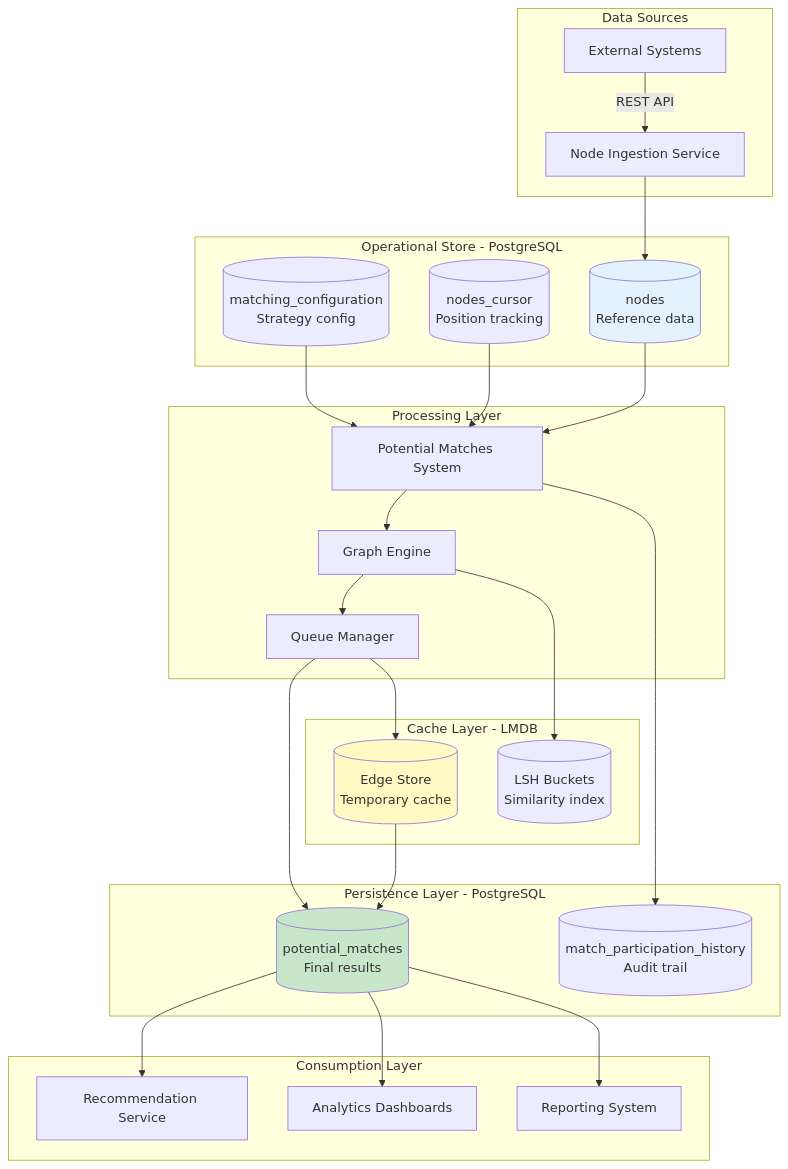
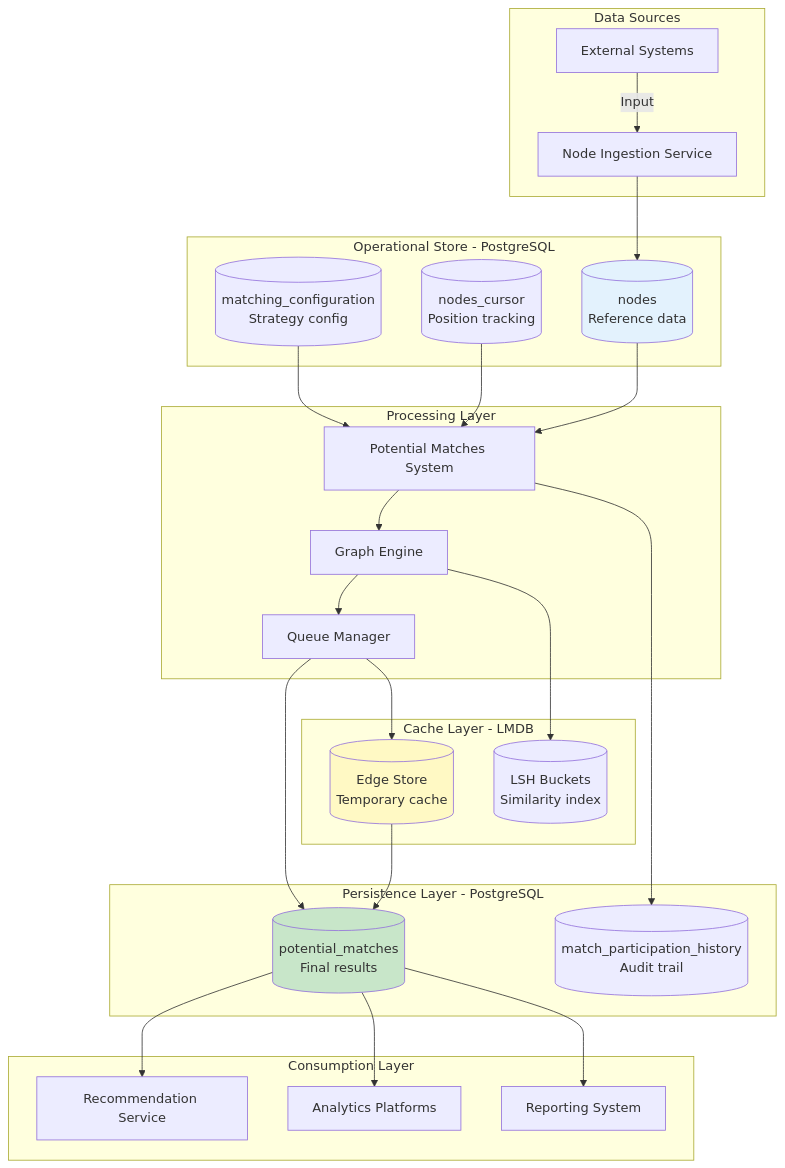
One commit to kagit00/schedule_x changed the seventh of 7 diagrams in docs/High Level Designs/ScheduledPotentialMatchesCreation.md. Above: the diagram before and after it, drawn with Mermaid. The commit also changed other lines of this file and 7 other files, not shown here.

````diff
--- a/docs/High Level Designs/ScheduledPotentialMatchesCreation.md
+++ b/docs/High Level Designs/ScheduledPotentialMatchesCreation.md
@@ -432,56 +373,56 @@
 ```mermaid
 flowchart TB
     subgraph "Data Sources"
-        A1[External Systems] -->|REST API| A2[Node Ingestion Service]
+        A1[External Systems] -->|Input| A2[Node Ingestion Service]
     end
     
     subgraph "Operational Store - PostgreSQL"
         B1[(nodes<br/>Reference data)]
         B2[(nodes_cursor<br/>Position tracking)]
         B3[(matching_configuration<br/>Strategy config)]
     end
     
     subgraph "Processing Layer"
         C1[Potential Matches System]
         C2[Graph Engine]
         C3[Queue Manager]
     end
     
     subgraph "Cache Layer - LMDB"
         D1[(Edge Store<br/>Temporary cache)]
         D2[(LSH Buckets<br/>Similarity index)]
     end
     
     subgraph "Persistence Layer - PostgreSQL"
         E1[(potential_matches<br/>Final results)]
         E2[(match_participation_history<br/>Audit trail)]
     end
     
     subgraph "Consumption Layer"
         F1[Recommendation Service]
-        F2[Analytics Dashboards]
+        F2[Analytics Platforms]
         F3[Reporting System]
     end
     
     A2 --> B1
     B1 --> C1
     B2 --> C1
     B3 --> C1
     
     C1 --> C2
     C2 --> C3
     C3 --> D1
     C2 --> D2
     
     D1 --> E1
     C3 --> E1
     C1 --> E2
     
     E1 --> F1
     E1 --> F2
     E1 --> F3
     
     style B1 fill:#E3F2FD
     style D1 fill:#FFF9C4
     style E1 fill:#C8E6C9
 ```
````
